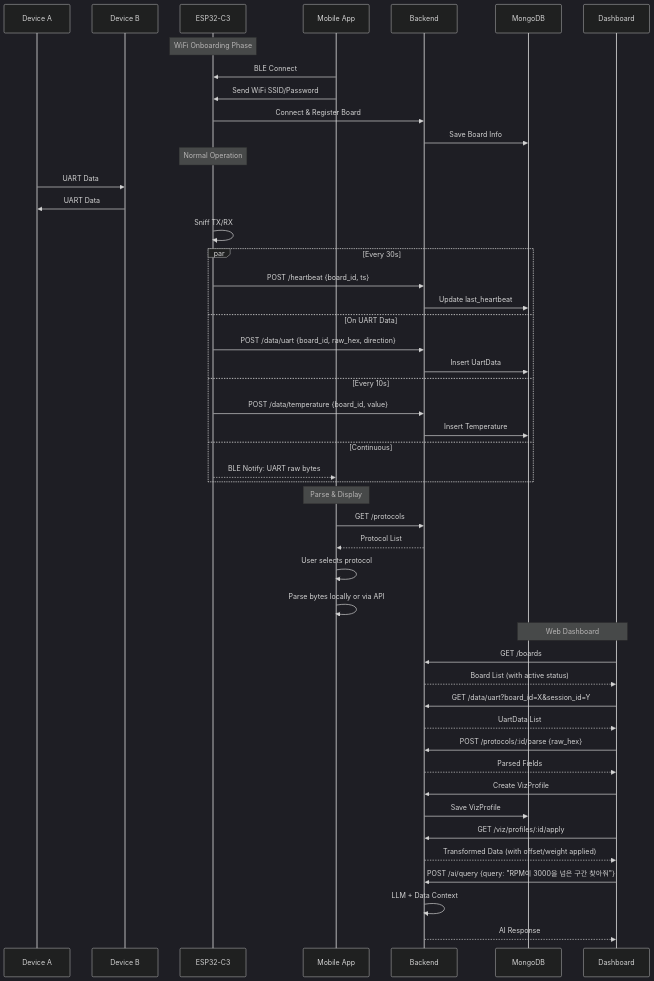
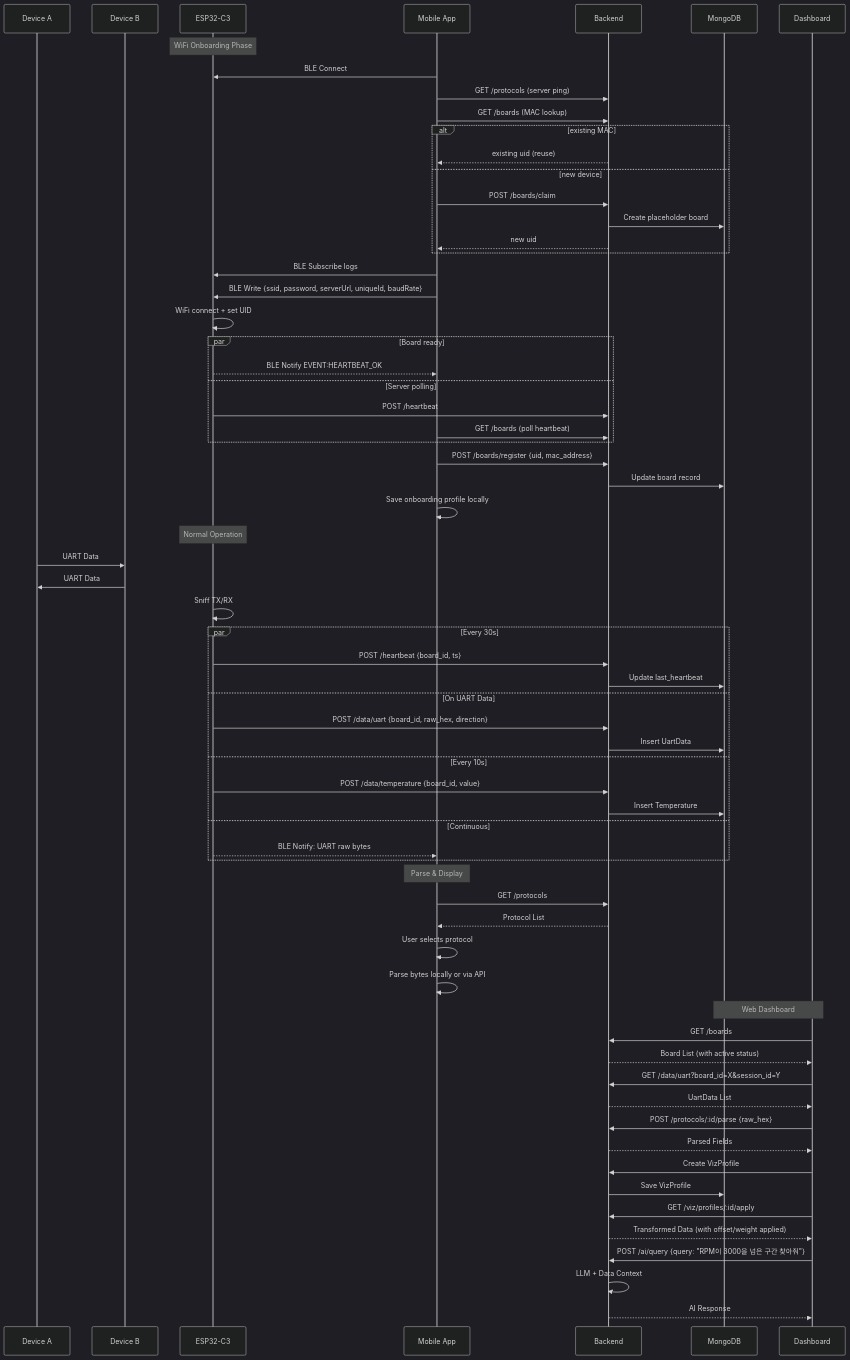
Before and after one commit to hyunu/sentinel: the second of 3 diagrams in requirements.md, drawn with Mermaid (dark theme). The commit also changed other lines of this file and 11 other files, not shown here.

````diff
--- a/requirements.md
+++ b/requirements.md
@@ -170,59 +231,77 @@
 ```mermaid
 sequenceDiagram
     participant A as Device A
     participant B as Device B
     participant E as ESP32-C3
     participant M as Mobile App
     participant BE as Backend
     participant DB as MongoDB
     participant D as Dashboard
 
     Note over E: WiFi Onboarding Phase
     M->>E: BLE Connect
-    M->>E: Send WiFi SSID/Password
-    E->>BE: Connect & Register Board
-    BE->>DB: Save Board Info
+    M->>BE: GET /protocols (server ping)
+    M->>BE: GET /boards (MAC lookup)
+    alt existing MAC
+        BE-->>M: existing uid (reuse)
+    else new device
+        M->>BE: POST /boards/claim
+        BE->>DB: Create placeholder board
+        BE-->>M: new uid
+    end
+    M->>E: BLE Subscribe logs
+    M->>E: BLE Write {ssid, password, serverUrl, uniqueId, baudRate}
+    E->>E: WiFi connect + set UID
+    par Board ready
+        E-->>M: BLE Notify EVENT:HEARTBEAT_OK
+    and Server polling
+        E->>BE: POST /heartbeat
+        M->>BE: GET /boards (poll heartbeat)
+    end
+    M->>BE: POST /boards/register {uid, mac_address}
+    BE->>DB: Update board record
+    M->>M: Save onboarding profile locally
 
     Note over E: Normal Operation
     A->>B: UART Data
     B->>A: UART Data
     E->>E: Sniff TX/RX
 
     par Every 30s
         E->>BE: POST /heartbeat {board_id, ts}
         BE->>DB: Update last_heartbeat
     and On UART Data
         E->>BE: POST /data/uart {board_id, raw_hex, direction}
         BE->>DB: Insert UartData
     and Every 10s
         E->>BE: POST /data/temperature {board_id, value}
         BE->>DB: Insert Temperature
     and Continuous
         E-->>M: BLE Notify: UART raw bytes
     end
 
     Note over M: Parse & Display
     M->>BE: GET /protocols
     BE-->>M: Protocol List
     M->>M: User selects protocol
     M->>M: Parse bytes locally or via API
 
     Note over D,DB: Web Dashboard
     D->>BE: GET /boards
     BE-->>D: Board List (with active status)
 
     D->>BE: GET /data/uart?board_id=X&session_id=Y
     BE-->>D: UartData List
 
     D->>BE: POST /protocols/:id/parse {raw_hex}
     BE-->>D: Parsed Fields
 
     D->>BE: Create VizProfile
     BE->>DB: Save VizProfile
     D->>BE: GET /viz/profiles/:id/apply
     BE-->>D: Transformed Data (with offset/weight applied)
 
     D->>BE: POST /ai/query {query: "RPM이 3000을 넘은 구간 찾아줘"}
     BE->>BE: LLM + Data Context
     BE-->>D: AI Response
 ```
````
